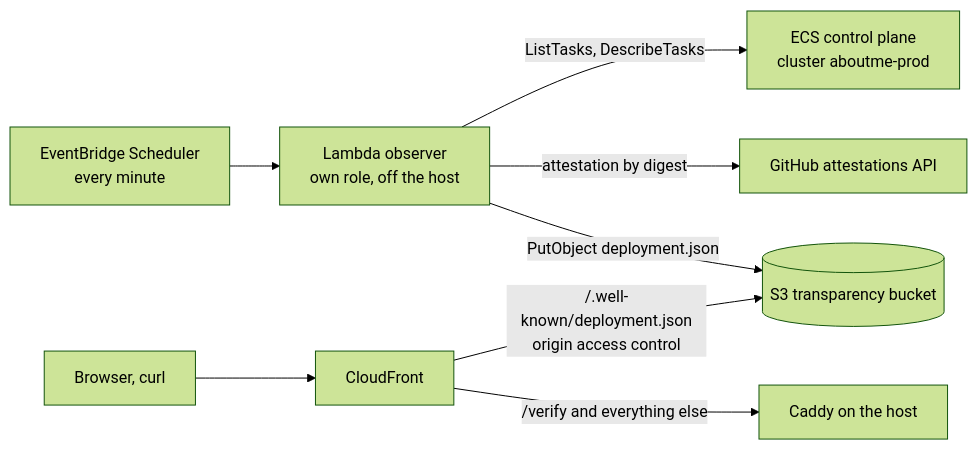
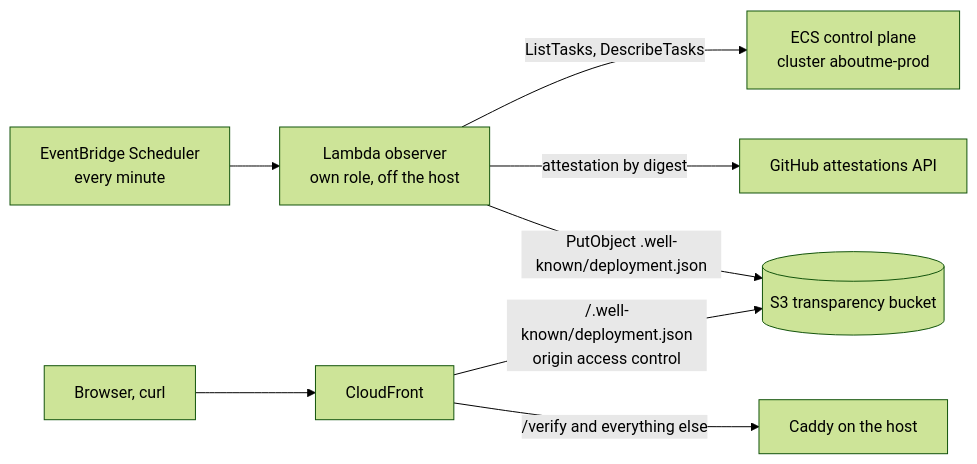
Before and after one commit to dannyota/aboutme: the diagram in docs/design/deployment-transparency/README.md, drawn with Mermaid (forest theme). The commit also changed other lines of this file and 18 other files, not shown here.

````diff
--- a/docs/design/deployment-transparency/README.md
+++ b/docs/design/deployment-transparency/README.md
@@ -43,10 +43,10 @@
 ```mermaid
 flowchart LR
   S[EventBridge Scheduler<br/>every minute] --> L[Lambda observer<br/>own role, off the host]
   L -->|ListTasks, DescribeTasks| E[ECS control plane<br/>cluster aboutme-prod]
   L -->|attestation by digest| G[GitHub attestations API]
-  L -->|PutObject deployment.json| B[(S3 transparency bucket)]
+  L -->|PutObject .well-known/deployment.json| B[(S3 transparency bucket)]
   V[Browser, curl] --> C[CloudFront]
   C -->|/.well-known/deployment.json<br/>origin access control| B
   C -->|/verify and everything else| O[Caddy on the host]
 ```
````
